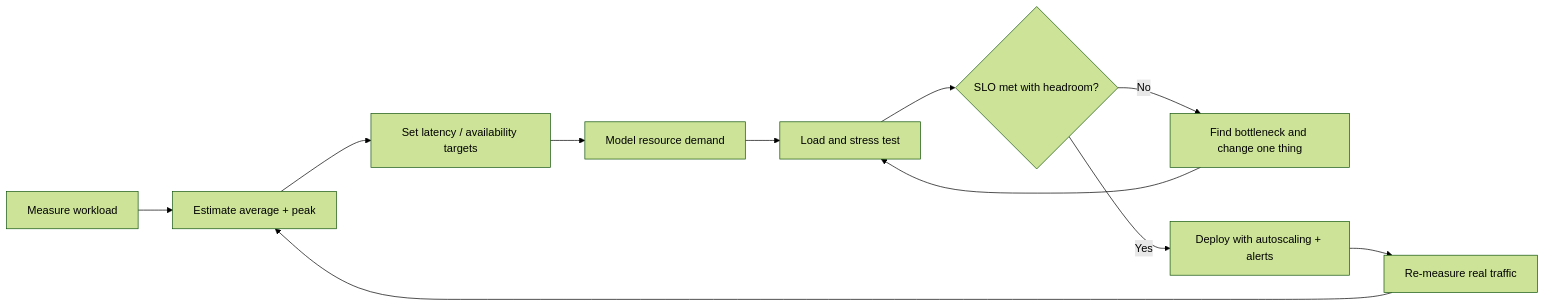
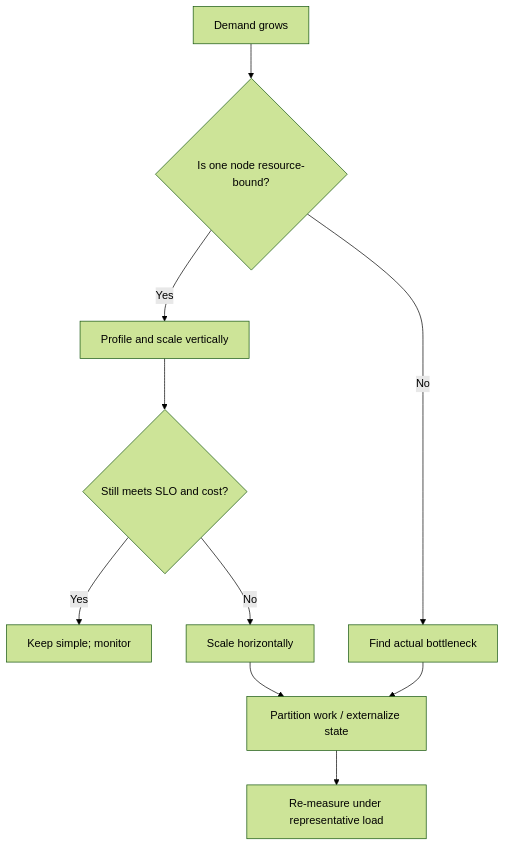
The second of 3 diagrams in fundamentals/scalability_basics.md (luckyhegde6/HLD_patterns), drawn with Mermaid (forest theme) before and after one commit. The commit also changed other lines of this file, not shown here.

````diff
--- a/fundamentals/scalability_basics.md
+++ b/fundamentals/scalability_basics.md
@@ -39,13 +28,12 @@
 ```mermaid
-flowchart LR
-    A[Measure workload] --> B[Estimate average + peak]
-    B --> C[Set latency / availability targets]
-    C --> D[Model resource demand]
-    D --> E[Load and stress test]
-    E --> F{SLO met with headroom?}
-    F -->|No| G[Find bottleneck and change one thing]
-    G --> E
-    F -->|Yes| H[Deploy with autoscaling + alerts]
-    H --> I[Re-measure real traffic]
-    I --> B
+flowchart TD
+  A[Demand grows] --> B{Is one node resource-bound?}
+  B -->|Yes| C[Profile and scale vertically]
+  C --> D{Still meets SLO and cost?}
+  D -->|Yes| E[Keep simple; monitor]
+  D -->|No| F[Scale horizontally]
+  B -->|No| G[Find actual bottleneck]
+  F --> H[Partition work / externalize state]
+  G --> H
+  H --> I[Re-measure under representative load]
 ```
````
